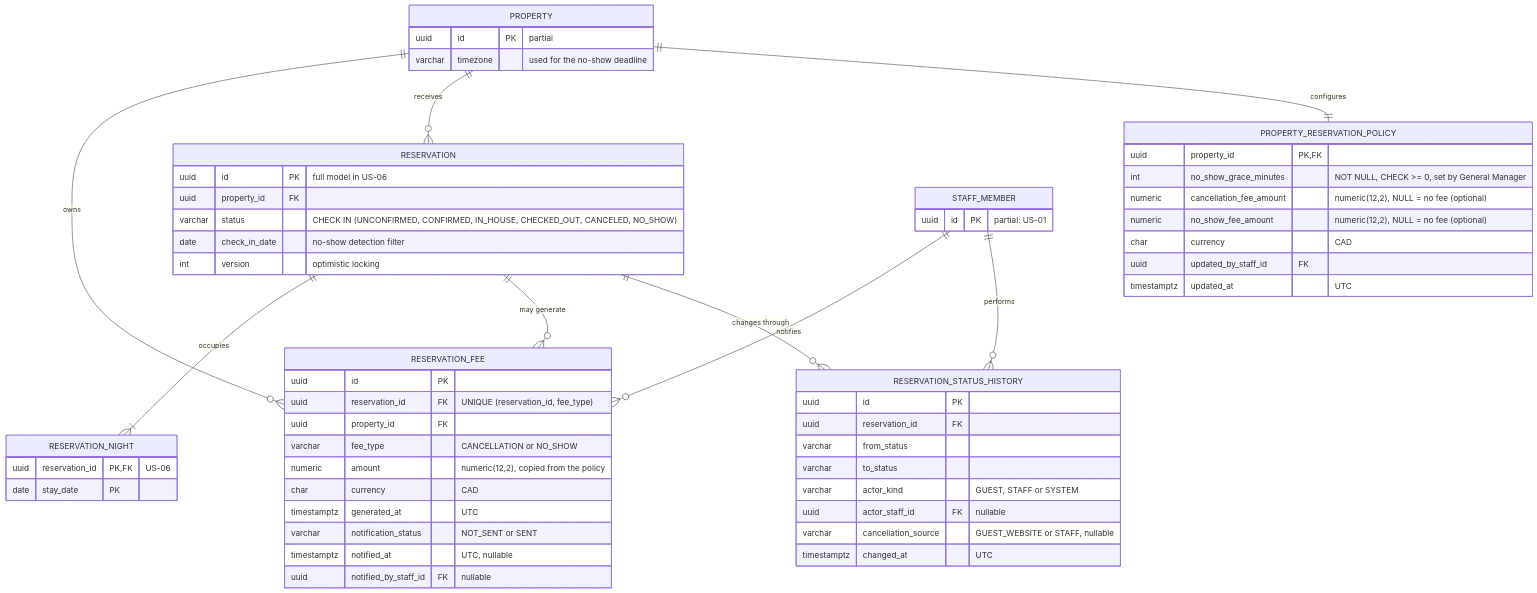
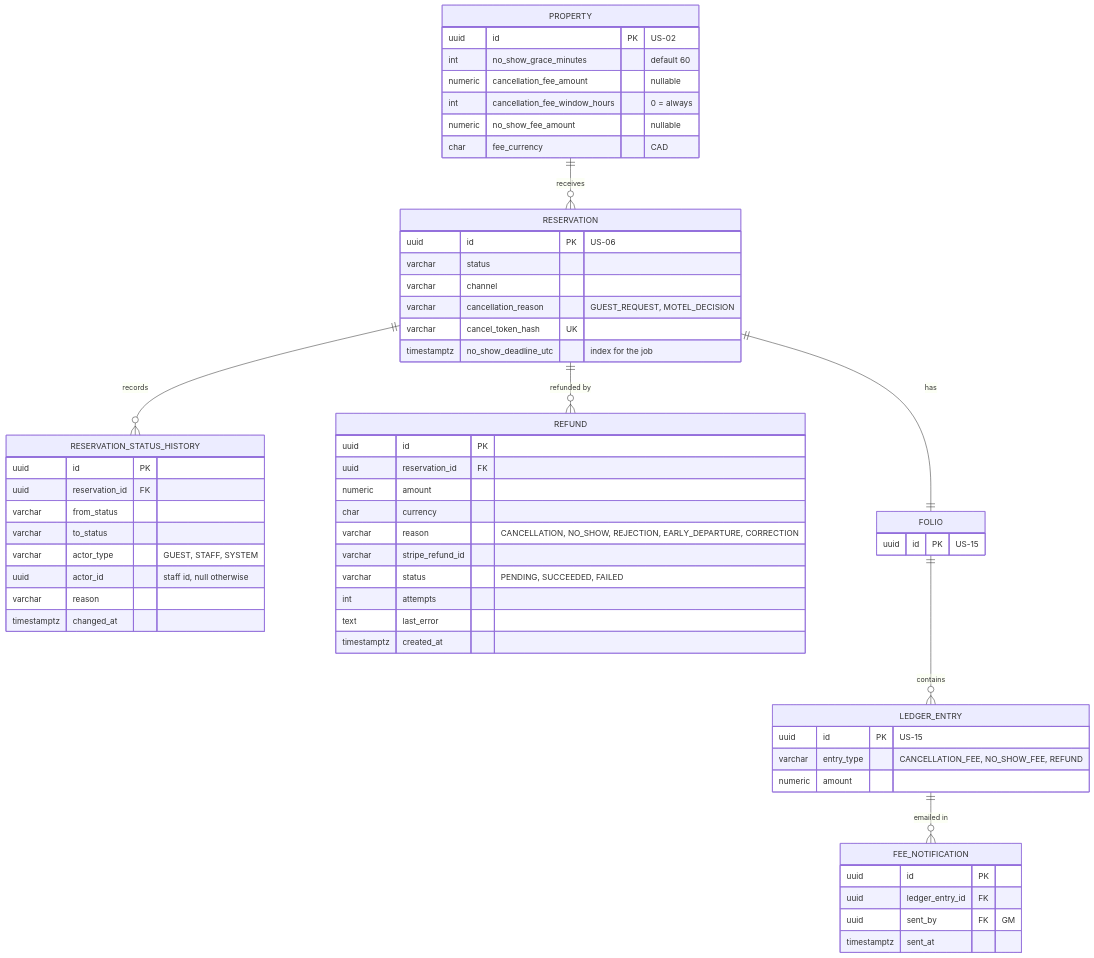
One commit to BraceroInSabot/Motel-Starmie changed the second of 5 diagrams in docs/Initial Requirements/Diagrams/US-11 - Reservation Lifecycle Management.md. Above: the diagram before and after it, drawn with Mermaid. The commit also changed other lines of this file and 51 other files, not shown here.

````diff
--- a/docs/Initial Requirements/Diagrams/US-11 - Reservation Lifecycle Management.md
+++ b/docs/Initial Requirements/Diagrams/US-11 - Reservation Lifecycle Management.md
@@ -345,61 +190,62 @@
 ```mermaid
 erDiagram
-    PROPERTY ||--|| PROPERTY_RESERVATION_POLICY : "configures"
     PROPERTY ||--o{ RESERVATION : "receives"
-    RESERVATION ||--o{ RESERVATION_STATUS_HISTORY : "changes through"
-    RESERVATION ||--o{ RESERVATION_FEE : "may generate"
-    PROPERTY ||--o{ RESERVATION_FEE : "owns"
-    STAFF_MEMBER ||--o{ RESERVATION_STATUS_HISTORY : "performs"
-    STAFF_MEMBER ||--o{ RESERVATION_FEE : "notifies"
-    RESERVATION ||--|{ RESERVATION_NIGHT : "occupies"
+    RESERVATION ||--o{ RESERVATION_STATUS_HISTORY : "records"
+    RESERVATION ||--o{ REFUND : "refunded by"
+    RESERVATION ||--|| FOLIO : "has"
+    FOLIO ||--o{ LEDGER_ENTRY : "contains"
+    LEDGER_ENTRY ||--o{ FEE_NOTIFICATION : "emailed in"
 
-    PROPERTY_RESERVATION_POLICY {
-        uuid property_id PK, FK
-        int no_show_grace_minutes "NOT NULL, CHECK >= 0, set by General Manager"
-        numeric cancellation_fee_amount "numeric(12,2), NULL = no fee (optional)"
-        numeric no_show_fee_amount "numeric(12,2), NULL = no fee (optional)"
-        char currency "CAD"
-        uuid updated_by_staff_id FK
-        timestamptz updated_at "UTC"
+    PROPERTY {
+        uuid id PK "US-02"
+        int no_show_grace_minutes "default 60"
+        numeric cancellation_fee_amount "nullable"
+        int cancellation_fee_window_hours "0 = always"
+        numeric no_show_fee_amount "nullable"
+        char fee_currency "CAD"
     }
     RESERVATION {
-        uuid id PK "full model in US-06"
-        uuid property_id FK
-        varchar status "CHECK IN (UNCONFIRMED, CONFIRMED, IN_HOUSE, CHECKED_OUT, CANCELED, NO_SHOW)"
-        date check_in_date "no-show detection filter"
-        int version "optimistic locking"
+        uuid id PK "US-06"
+        varchar status
+        varchar channel
+        varchar cancellation_reason "GUEST_REQUEST, MOTEL_DECISION"
+        varchar cancel_token_hash UK
+        timestamptz no_show_deadline_utc "index for the job"
     }
     RESERVATION_STATUS_HISTORY {
         uuid id PK
         uuid reservation_id FK
         varchar from_status
         varchar to_status
-        varchar actor_kind "GUEST, STAFF or SYSTEM"
-        uuid actor_staff_id FK "nullable"
-        varchar cancellation_source "GUEST_WEBSITE or STAFF, nullable"
-        timestamptz changed_at "UTC"
+        varchar actor_type "GUEST, STAFF, SYSTEM"
+        uuid actor_id "staff id, null otherwise"
+        varchar reason
+        timestamptz changed_at
     }
-    RESERVATION_FEE {
+    REFUND {
         uuid id PK
-        uuid reservation_id FK "UNIQUE (reservation_id, fee_type)"
-        uuid property_id FK
-        varchar fee_type "CANCELLATION or NO_SHOW"
-        numeric amount "numeric(12,2), copied from the policy"
-        char currency "CAD"
-        timestamptz generated_at "UTC"
-        varchar notification_status "NOT_SENT or SENT"
-        timestamptz notified_at "UTC, nullable"
-        uuid notified_by_staff_id FK "nullable"
+        uuid reservation_id FK
+        numeric amount
+        char currency
+        varchar reason "CANCELLATION, NO_SHOW, REJECTION, EARLY_DEPARTURE, CORRECTION"
+        varchar stripe_refund_id
+        varchar status "PENDING, SUCCEEDED, FAILED"
+        int attempts
+        text last_error
+        timestamptz created_at
     }
-    RESERVATION_NIGHT {
-        uuid reservation_id PK, FK "US-06"
-        date stay_date PK
+    LEDGER_ENTRY {
+        uuid id PK "US-15"
+        varchar entry_type "CANCELLATION_FEE, NO_SHOW_FEE, REFUND"
+        numeric amount
     }
-    PROPERTY {
-        uuid id PK "partial"
-        varchar timezone "used for the no-show deadline"
+    FEE_NOTIFICATION {
+        uuid id PK
+        uuid ledger_entry_id FK
+        uuid sent_by FK "GM"
+        timestamptz sent_at
     }
-    STAFF_MEMBER {
-        uuid id PK "partial: US-01"
+    FOLIO {
+        uuid id PK "US-15"
     }
 ```
````
